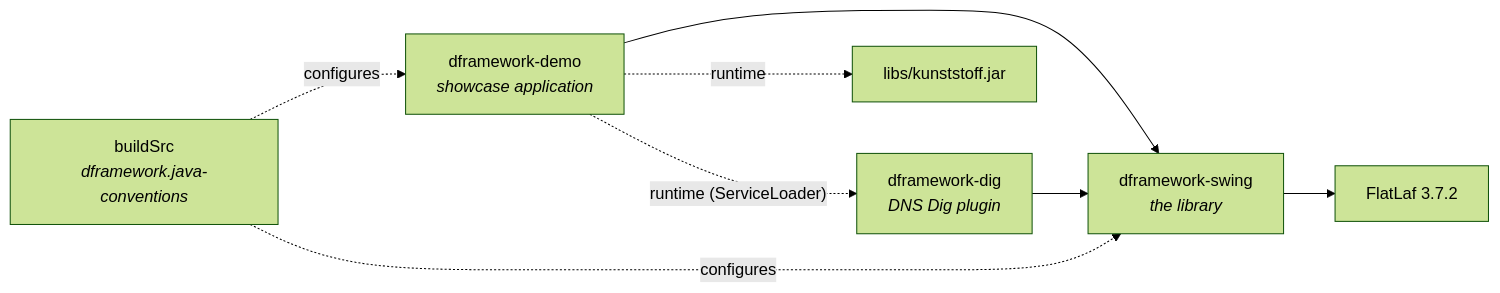
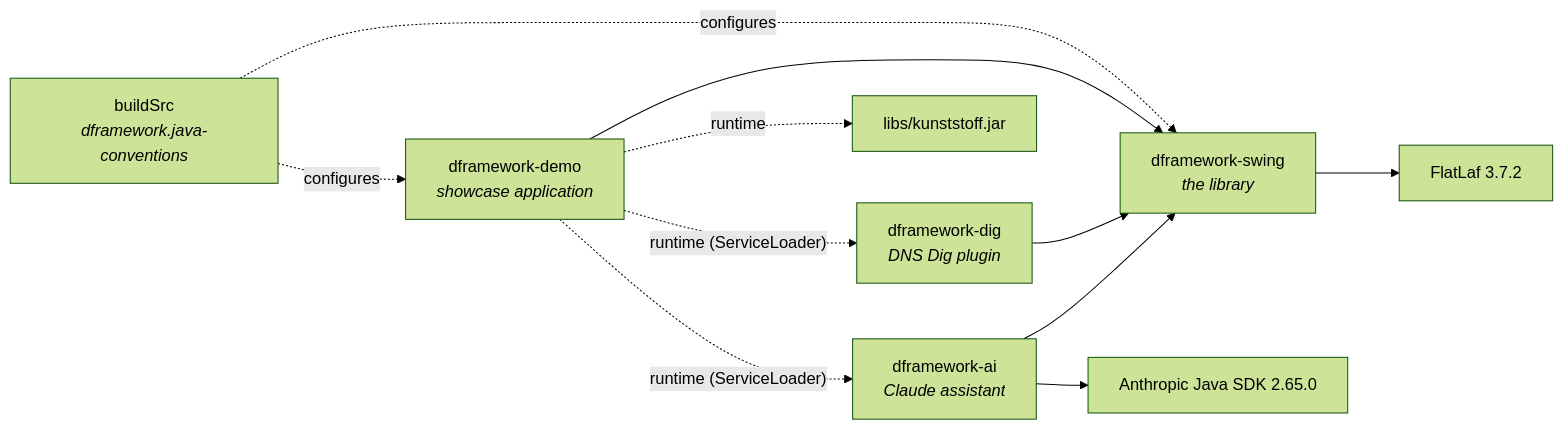
One commit to dalixinc/dframework changed the diagram in docs/TECHNICAL_MANUAL.md. Above: the diagram before and after it, drawn with Mermaid (forest theme). The commit also changed other lines of this file and 22 other files, not shown here.

````diff
--- a/docs/TECHNICAL_MANUAL.md
+++ b/docs/TECHNICAL_MANUAL.md
@@ -129,10 +129,13 @@
 ```mermaid
 graph LR
     demo["dframework-demo<br/><i>showcase application</i>"] --> swing["dframework-swing<br/><i>the library</i>"]
     dig["dframework-dig<br/><i>DNS Dig plugin</i>"] --> swing
     swing --> flatlaf["FlatLaf 3.7.2"]
     demo -. runtime .-> kunst["libs/kunststoff.jar"]
     demo -. "runtime (ServiceLoader)" .-> dig
+    ai["dframework-ai<br/><i>Claude assistant</i>"] --> swing
+    ai --> sdk["Anthropic Java SDK 2.65.0"]
+    demo -. "runtime (ServiceLoader)" .-> ai
     buildSrc["buildSrc<br/><i>dframework.java-conventions</i>"] -. configures .-> swing
     buildSrc -. configures .-> demo
 ```
````
